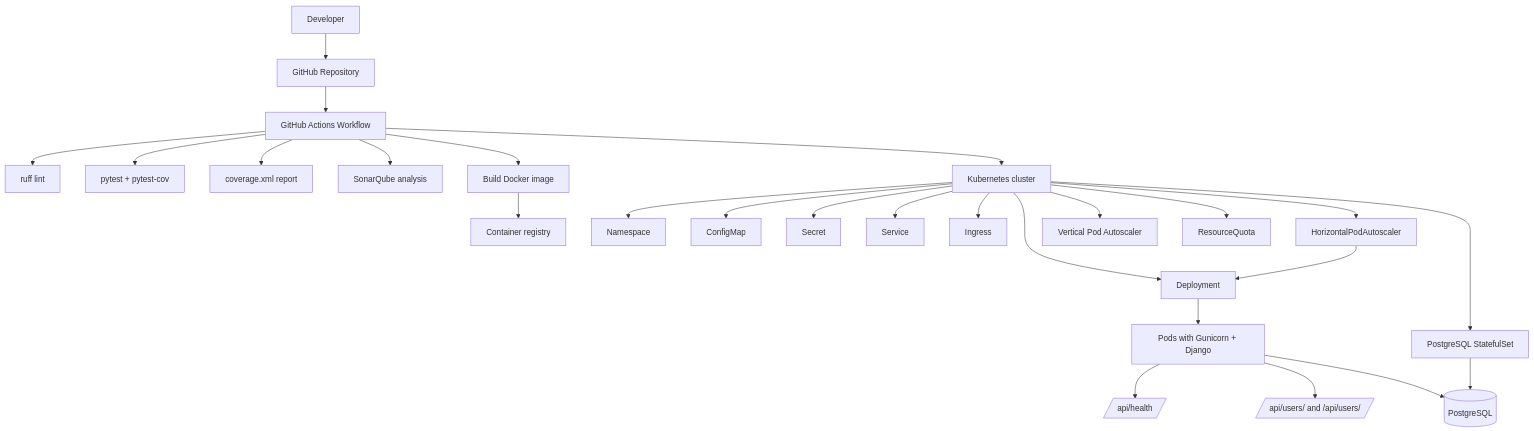
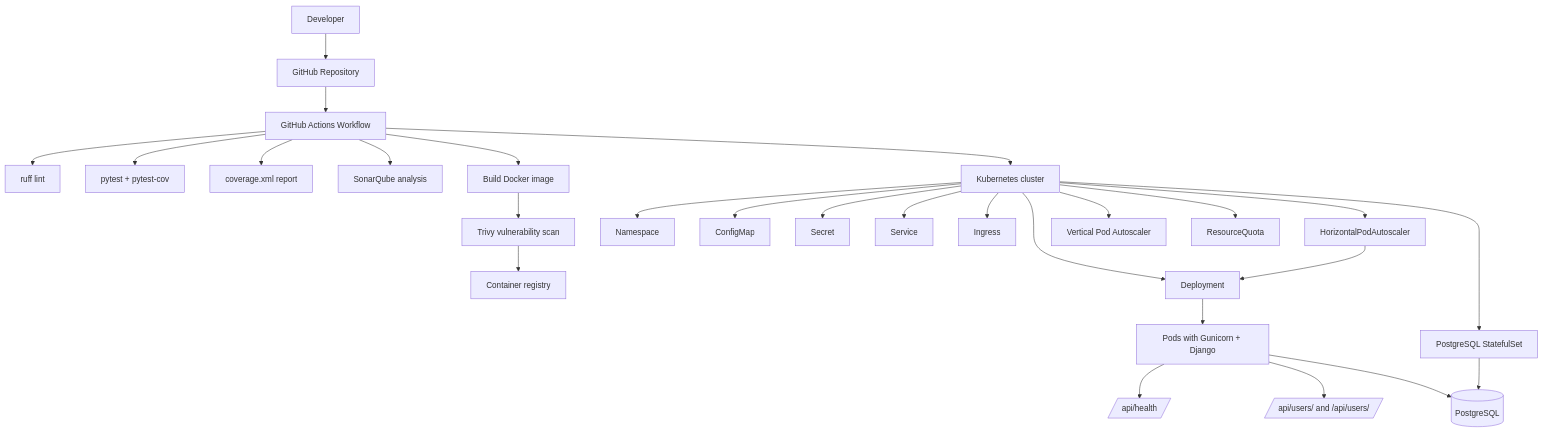
One commit to diego12-ui/demo-devops-python changed the diagram in README.md. Above: the diagram before and after it, drawn with Mermaid. The commit also changed other lines of this file and 2 other files, not shown here.

Commit message:
fixed: trivy added

````diff
--- a/README.md
+++ b/README.md
@@ -363,30 +365,31 @@
 ```mermaid
 flowchart TD
   Dev[Developer] --> GitHub[GitHub Repository]
   GitHub --> Actions[GitHub Actions Workflow]
   Actions --> Lint[ruff lint]
   Actions --> Tests[pytest + pytest-cov]
   Actions --> Coverage[coverage.xml report]
   Actions --> Sonar[SonarQube analysis]
   Actions --> Docker[Build Docker image]
-  Docker --> Registry[Container registry]
+  Docker --> Trivy[Trivy vulnerability scan]
+  Trivy --> Registry[Container registry]
   Actions --> K8s[Kubernetes cluster]
 
   K8s --> NS[Namespace]
   K8s --> CM[ConfigMap]
   K8s --> Secret[Secret]
   K8s --> Deploy[Deployment]
   K8s --> SVC[Service]
   K8s --> Ingress[Ingress]
   K8s --> HPA[HorizontalPodAutoscaler]
   K8s --> VPA[Vertical Pod Autoscaler]
   K8s --> RQ[ResourceQuota]
   K8s --> PG[PostgreSQL StatefulSet]
 
   HPA --> Deploy
   Deploy --> Pods[Pods with Gunicorn + Django]
   Pods --> Health[/api/health/]
   Pods --> API[/api/users/ and /api/users/<id>/]
   Pods --> DB[(PostgreSQL)]
   PG --> DB
 ```
````
